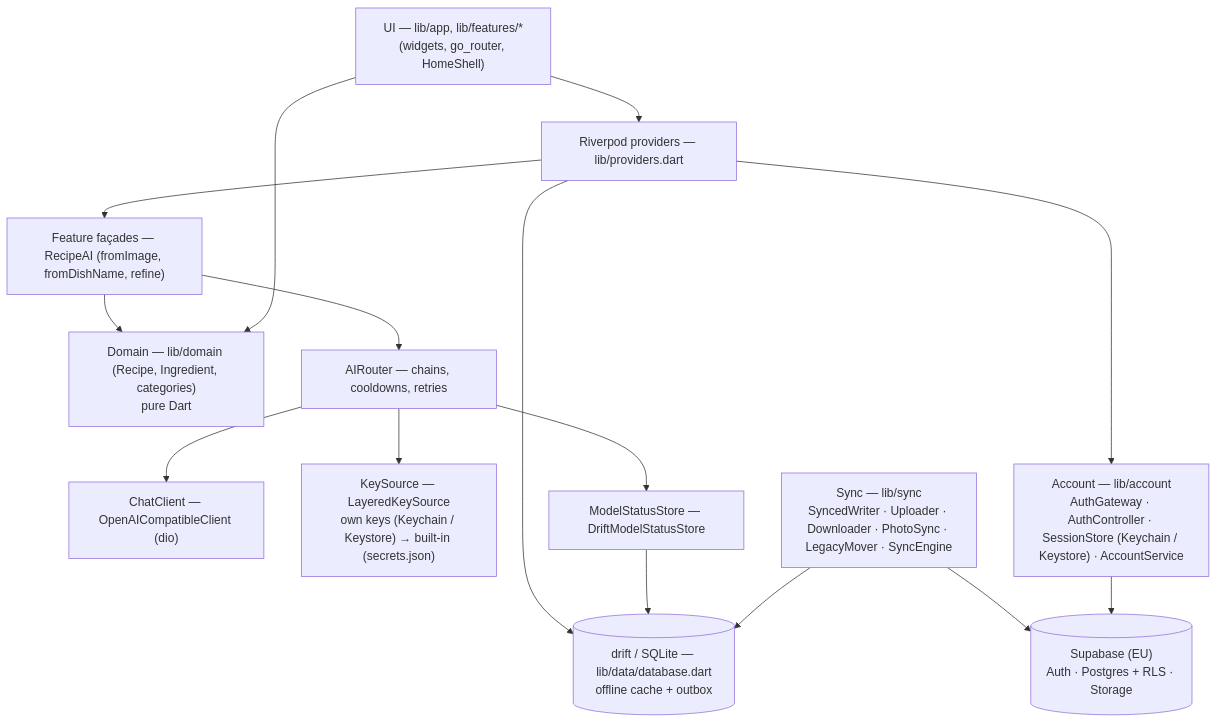
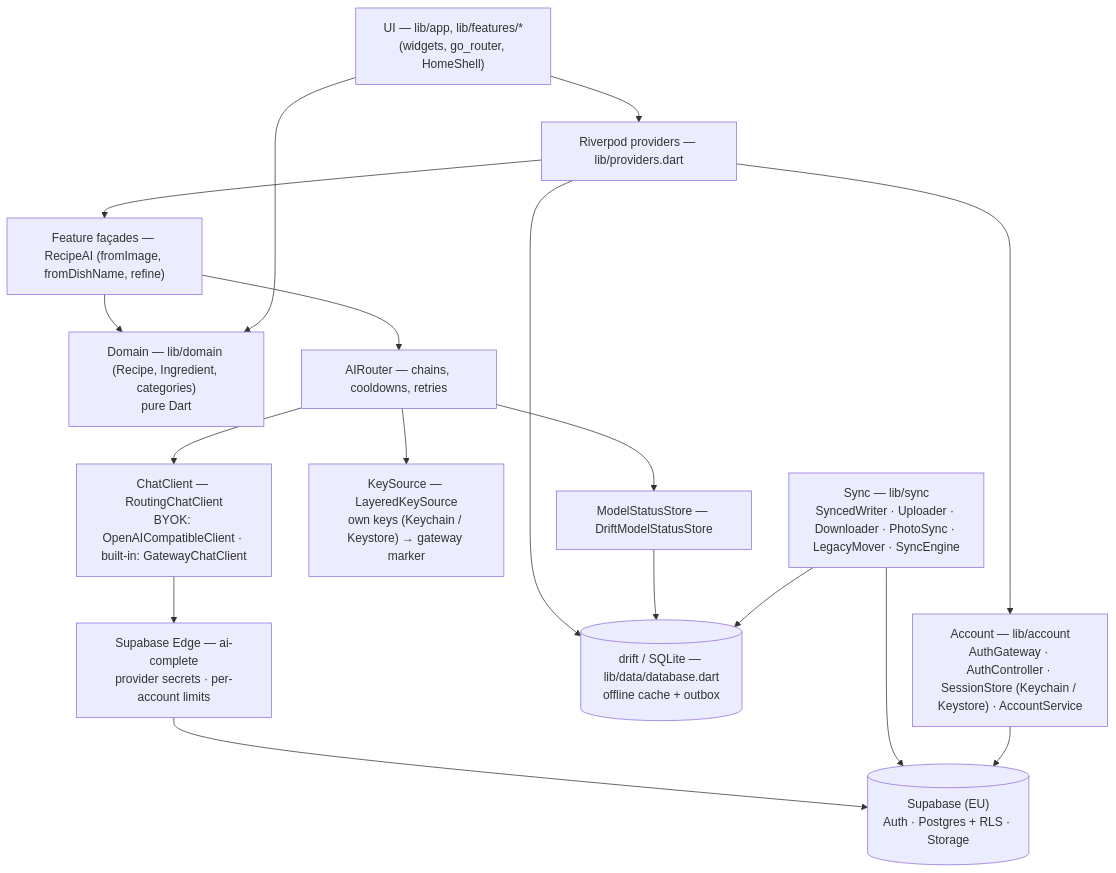
The first of 3 diagrams in docs/architecture.md (umilutinovic25-hash/tavli-next), drawn with Mermaid before and after one commit. The commit also changed other lines of this file and 6 other files, not shown here.

````diff
--- a/docs/architecture.md
+++ b/docs/architecture.md
@@ -10,30 +10,33 @@
 ```mermaid
 flowchart TD
   UI["UI — lib/app, lib/features/*<br/>(widgets, go_router, HomeShell)"]
   P["Riverpod providers — lib/providers.dart"]
   F["Feature façades — RecipeAI (fromImage, fromDishName, refine)"]
   D["Domain — lib/domain (Recipe, Ingredient, categories)<br/>pure Dart"]
   R["AIRouter — chains, cooldowns, retries"]
-  C["ChatClient — OpenAICompatibleClient (dio)"]
-  K["KeySource — LayeredKeySource<br/>own keys (Keychain / Keystore) → built-in (secrets.json)"]
+  C["ChatClient — RoutingChatClient<br/>BYOK: OpenAICompatibleClient · built-in: GatewayChatClient"]
+  K["KeySource — LayeredKeySource<br/>own keys (Keychain / Keystore) → gateway marker"]
+  GW["Supabase Edge — ai-complete<br/>provider secrets · per-account limits"]
   S["ModelStatusStore — DriftModelStatusStore"]
   DB[("drift / SQLite — lib/data/database.dart<br/>offline cache + outbox")]
   SY["Sync — lib/sync<br/>SyncedWriter · Uploader · Downloader · PhotoSync · LegacyMover · SyncEngine"]
   AU["Account — lib/account<br/>AuthGateway · AuthController · SessionStore (Keychain / Keystore) · AccountService"]
   SB[("Supabase (EU)<br/>Auth · Postgres + RLS · Storage")]
 
   UI --> P
   P --> F
   P --> DB
   F --> R
   F --> D
   R --> C
   R --> K
+  C --> GW
+  GW --> SB
   R --> S
   S --> DB
   UI --> D
   P --> AU
   SY --> DB
   SY --> SB
   AU --> SB
 ```
````
